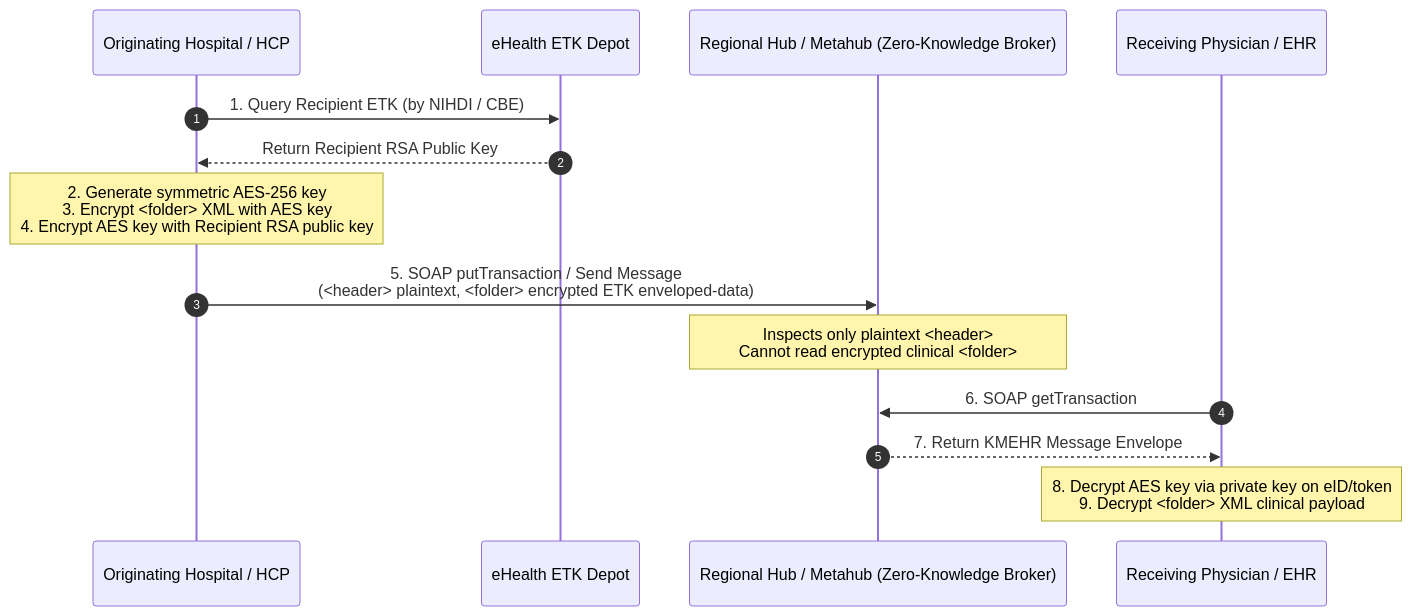
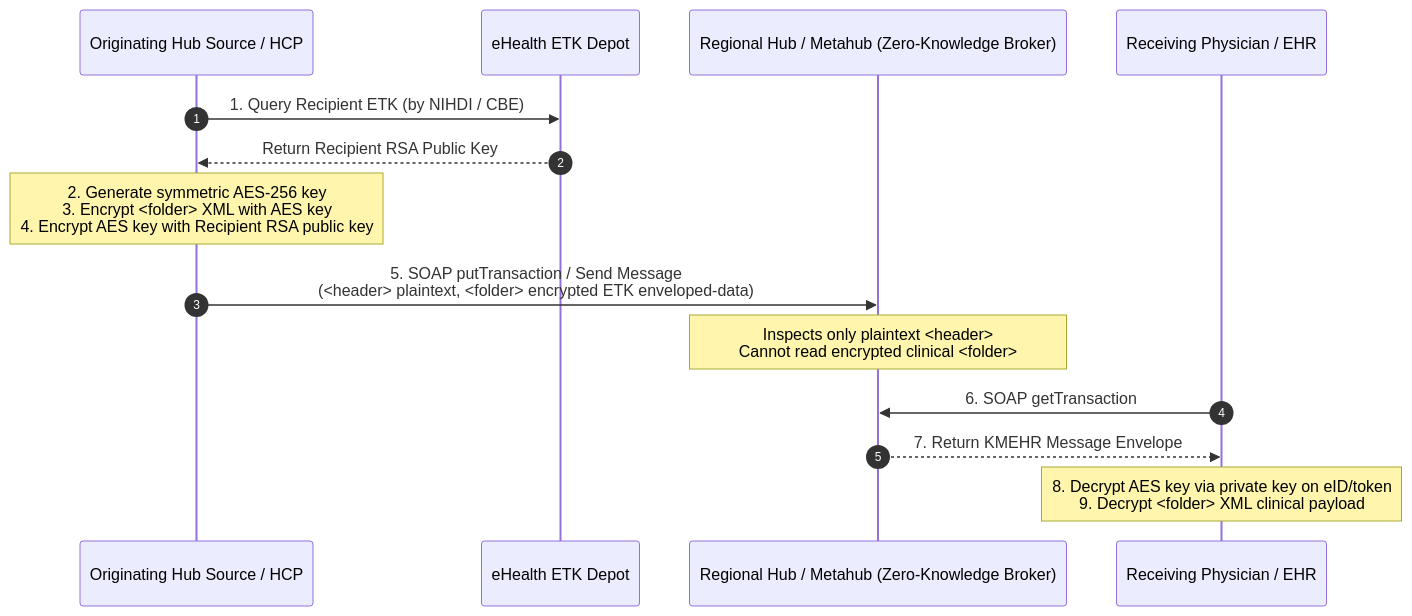
The first of 3 diagrams in input/pagecontent/end-to-end-encryption.md (Erwin-Bellon/hubsharing), drawn with Mermaid before and after one commit. The commit also changed other lines of this file and 17 other files, not shown here.

````diff
--- a/input/pagecontent/end-to-end-encryption.md
+++ b/input/pagecontent/end-to-end-encryption.md
@@ -15,17 +21,17 @@
 ```mermaid
 sequenceDiagram
     autonumber
-    participant Sender as Originating Hospital / HCP
+    participant Sender as Originating Hub Source / HCP
     participant ETK as eHealth ETK Depot
     participant Hub as Regional Hub / Metahub (Zero-Knowledge Broker)
     participant Receiver as Receiving Physician / EHR
 
     Sender->>ETK: 1. Query Recipient ETK (by NIHDI / CBE)
     ETK-->>Sender: Return Recipient RSA Public Key
     Note over Sender: 2. Generate symmetric AES-256 key<br/>3. Encrypt <folder> XML with AES key<br/>4. Encrypt AES key with Recipient RSA public key
     Sender->>Hub: 5. SOAP putTransaction / Send Message<br/>(<header> plaintext, <folder> encrypted ETK enveloped-data)
     Note over Hub: Inspects only plaintext <header><br/>Cannot read encrypted clinical <folder>
     Receiver->>Hub: 6. SOAP getTransaction
     Hub-->>Receiver: 7. Return KMEHR Message Envelope
     Note over Receiver: 8. Decrypt AES key via private key on eID/token<br/>9. Decrypt <folder> XML clinical payload
 ```
````
